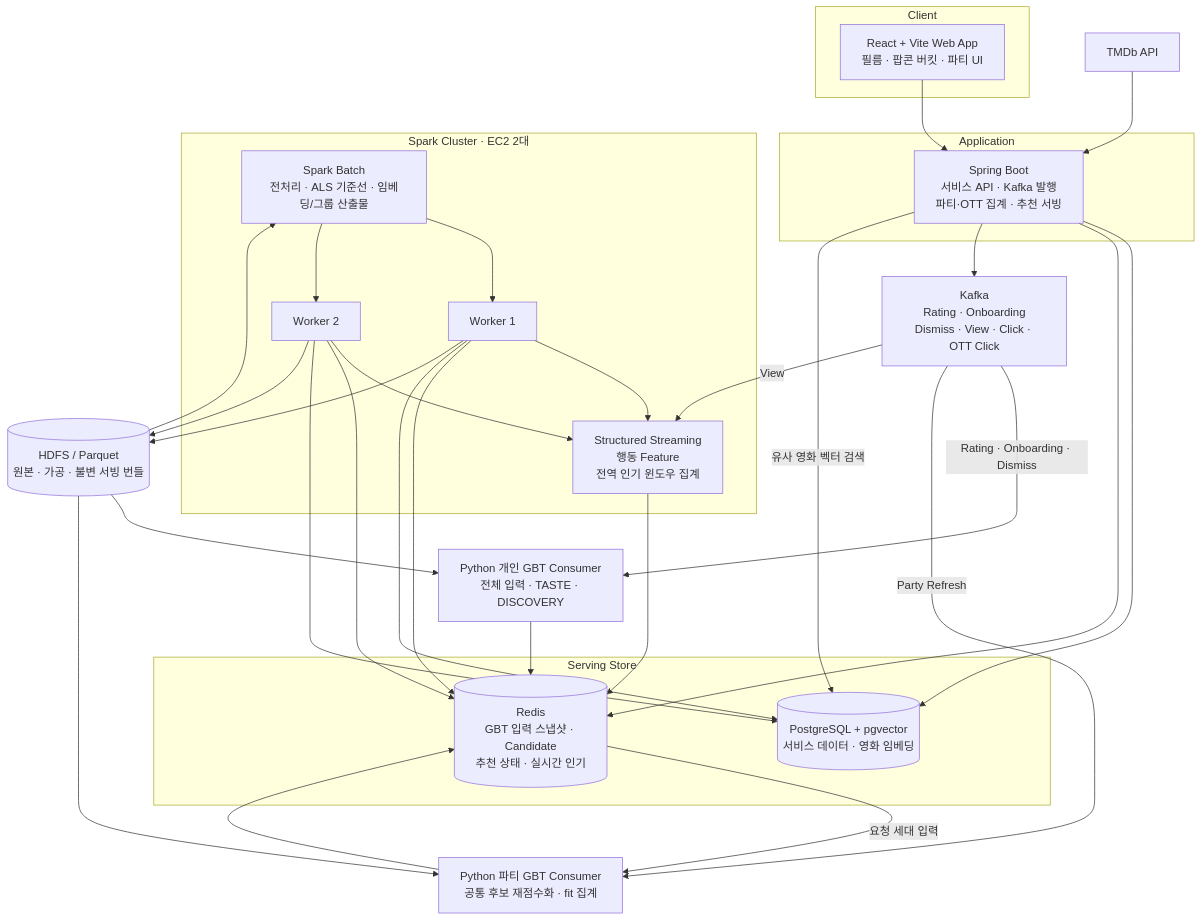
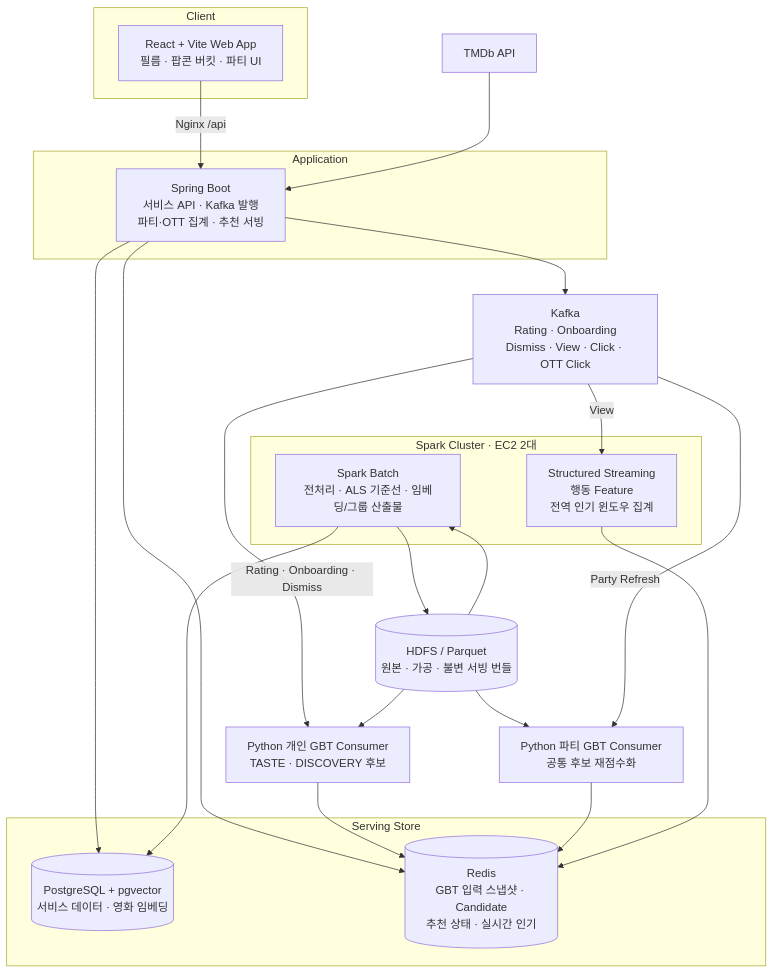
The diagram in README.md (koongya-studio/feelm), drawn with Mermaid before and after one commit. The commit also changed other lines of this file, not shown here.

````diff
--- a/README.md
+++ b/README.md
@@ -260,55 +88,43 @@
 ```mermaid
 flowchart TB
     subgraph CLIENT["Client"]
         FE["React + Vite Web App<br/>필름 · 팝콘 버킷 · 파티 UI"]
     end
 
     subgraph APP["Application"]
         BE["Spring Boot<br/>서비스 API · Kafka 발행<br/>파티·OTT 집계 · 추천 서빙"]
     end
 
     subgraph STORE["Serving Store"]
         PG[("PostgreSQL + pgvector<br/>서비스 데이터 · 영화 임베딩")]
         RD[("Redis<br/>GBT 입력 스냅샷 · Candidate<br/>추천 상태 · 실시간 인기")]
     end
 
     subgraph SPARK["Spark Cluster · EC2 2대"]
         SM["Spark Batch<br/>전처리 · ALS 기준선 · 임베딩/그룹 산출물"]
         SS["Structured Streaming<br/>행동 Feature<br/>전역 인기 윈도우 집계"]
-        W1["Worker 1"]
-        W2["Worker 2"]
     end
 
     LAKE[("HDFS / Parquet<br/>원본 · 가공 · 불변 서빙 번들")]
     KF["Kafka<br/>Rating · Onboarding<br/>Dismiss · View · Click · OTT Click"]
-    PC["Python 개인 GBT Consumer<br/>전체 입력 · TASTE · DISCOVERY"]
-    PARTY["Python 파티 GBT Consumer<br/>공통 후보 재점수화 · fit 집계"]
+    PC["Python 개인 GBT Consumer<br/>TASTE · DISCOVERY 후보"]
+    PARTY["Python 파티 GBT Consumer<br/>공통 후보 재점수화"]
     TMDB["TMDb API"]
 
-    FE --> BE
+    FE -->|"Nginx /api"| BE
     BE --> PG
     BE --> RD
     BE --> KF
     KF -->|"Rating · Onboarding · Dismiss"| PC
     PC --> RD
     LAKE --> PC
     LAKE --> PARTY
     KF -->|"Party Refresh"| PARTY
-    RD -->|"요청 세대 입력"| PARTY
     PARTY --> RD
     KF -->|"View"| SS
     SS --> RD
-    BE -->|"유사 영화 벡터 검색"| PG
     TMDB --> BE
     LAKE --> SM
-    SM --> W1
-    SM --> W2
-    W1 --> SS
-    W2 --> SS
-    W1 --> RD
-    W2 --> RD
-    W1 --> PG
-    W2 --> PG
-    W1 --> LAKE
-    W2 --> LAKE
+    SM --> PG
+    SM --> LAKE
 ```
````
